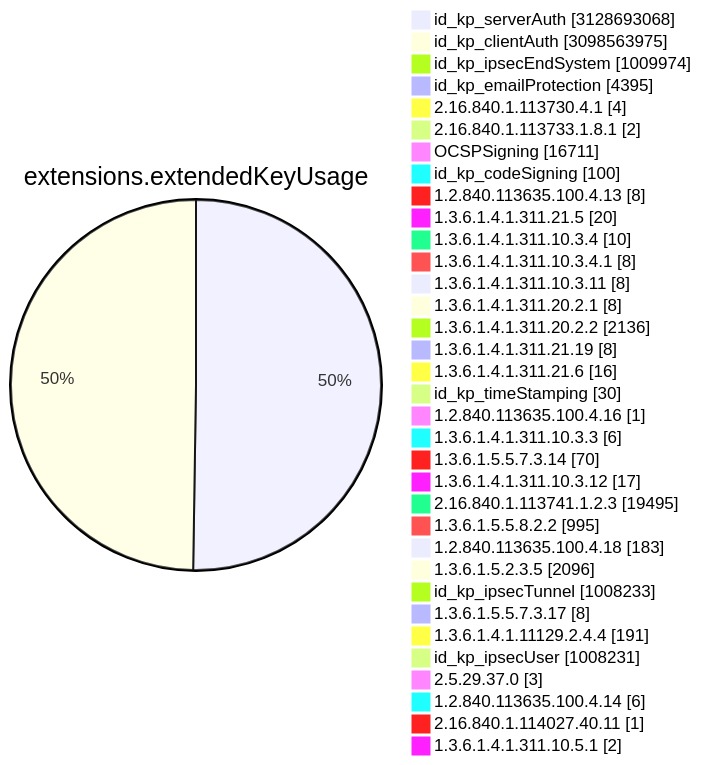
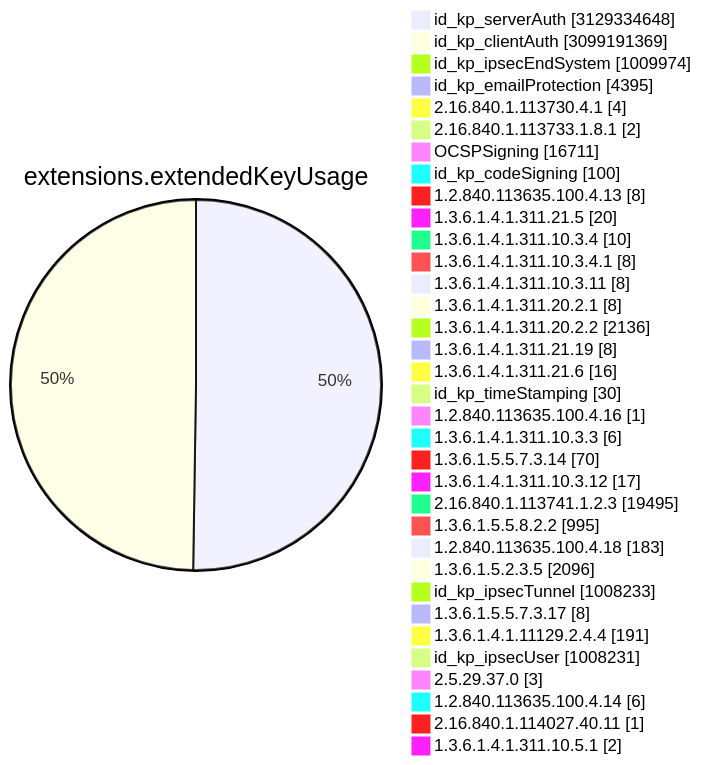
Diagram 11 of 15 in TOTAL/README.md (christiankrug/ctmonitor_visualization), drawn with Mermaid before and after one commit. The commit also changed other lines of this file, not shown here.

````diff
--- a/TOTAL/README.md
+++ b/TOTAL/README.md
@@ -4119,38 +4119,38 @@
 ```mermaid
 pie showData
 title extensions.extendedKeyUsage
-"id_kp_serverAuth" :3128693068
-"id_kp_clientAuth" :3098563975
+"id_kp_serverAuth" :3129334648
+"id_kp_clientAuth" :3099191369
 "id_kp_ipsecEndSystem" :1009974
 "id_kp_emailProtection" :4395
 "2.16.840.1.113730.4.1" :4
 "2.16.840.1.113733.1.8.1" :2
 "OCSPSigning" :16711
 "id_kp_codeSigning" :100
 "1.2.840.113635.100.4.13" :8
 "1.3.6.1.4.1.311.21.5" :20
 "1.3.6.1.4.1.311.10.3.4" :10
 "1.3.6.1.4.1.311.10.3.4.1" :8
 "1.3.6.1.4.1.311.10.3.11" :8
 "1.3.6.1.4.1.311.20.2.1" :8
 "1.3.6.1.4.1.311.20.2.2" :2136
 "1.3.6.1.4.1.311.21.19" :8
 "1.3.6.1.4.1.311.21.6" :16
 "id_kp_timeStamping" :30
 "1.2.840.113635.100.4.16" :1
 "1.3.6.1.4.1.311.10.3.3" :6
 "1.3.6.1.5.5.7.3.14" :70
 "1.3.6.1.4.1.311.10.3.12" :17
 "2.16.840.1.113741.1.2.3" :19495
 "1.3.6.1.5.5.8.2.2" :995
 "1.2.840.113635.100.4.18" :183
 "1.3.6.1.5.2.3.5" :2096
 "id_kp_ipsecTunnel" :1008233
 "1.3.6.1.5.5.7.3.17" :8
 "1.3.6.1.4.1.11129.2.4.4" :191
 "id_kp_ipsecUser" :1008231
 "2.5.29.37.0" :3
 "1.2.840.113635.100.4.14" :6
 "2.16.840.1.114027.40.11" :1
 "1.3.6.1.4.1.311.10.5.1" :2
 ```
````
